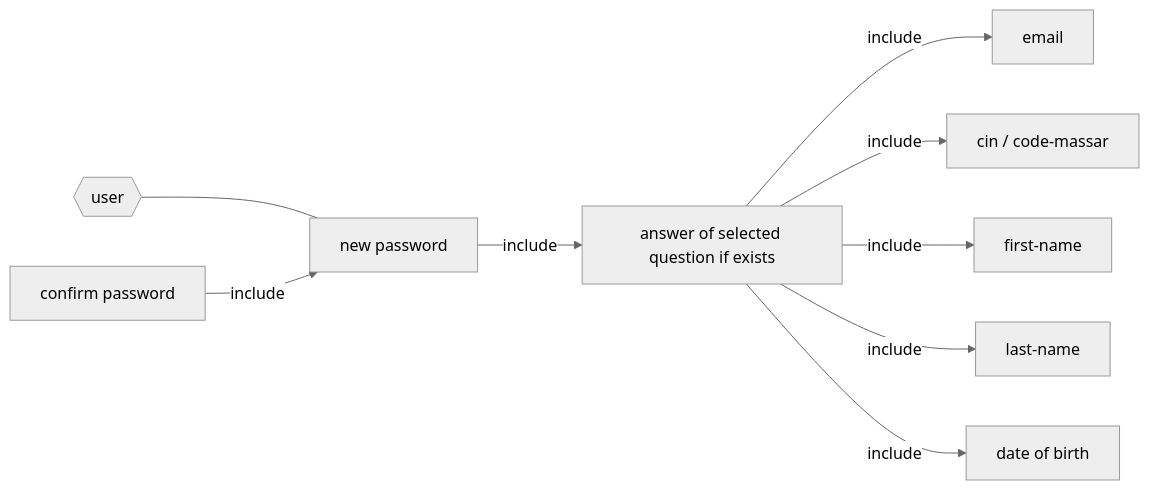
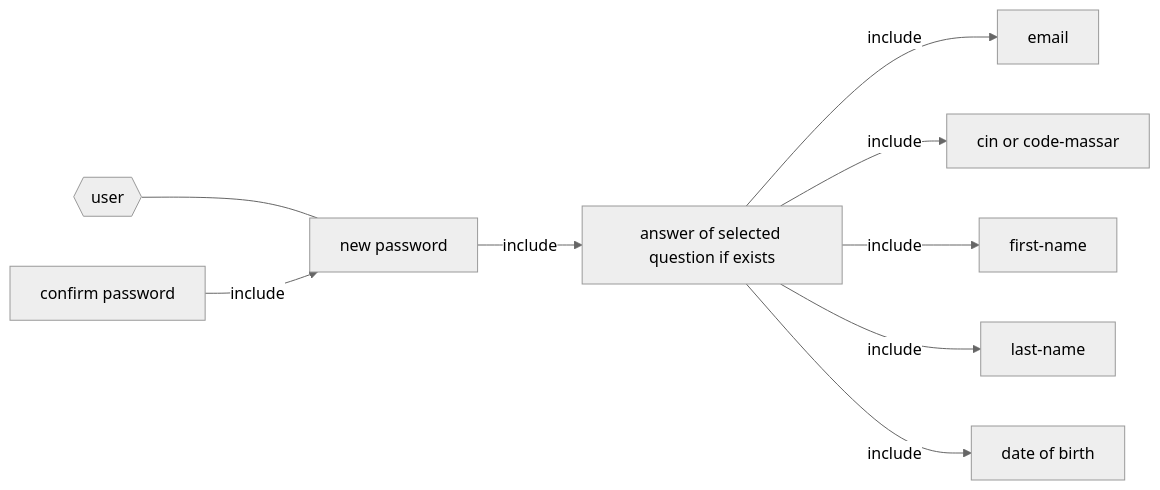
The diagram in diagrams/reset-password.md (idlli/E-Campus), drawn with Mermaid (neutral theme) before and after one commit.

````diff
--- a/diagrams/reset-password.md
+++ b/diagrams/reset-password.md
@@ -2,11 +2,11 @@
 ```mermaid
 graph LR
     user{{user}} --- n-password[new password]
     c-password[confirm password] --> |include| n-password
     n-password --> |include| answer[answer of selected question if exists]
     answer --> |include| email
-    answer --> |include| cin[cin / code-massar]
+    answer --> |include| cin[cin or code-massar]
     answer --> |include| f-name[first-name]
     answer --> |include| l-name[last-name]
     answer --> |include| d-birth[date of birth]
 ```
````
